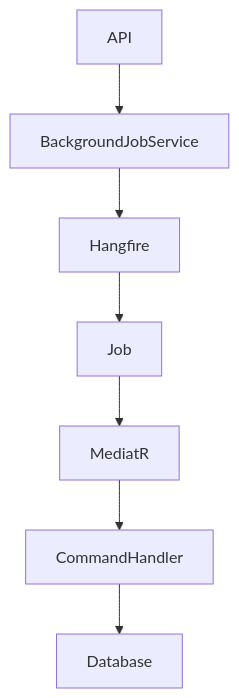
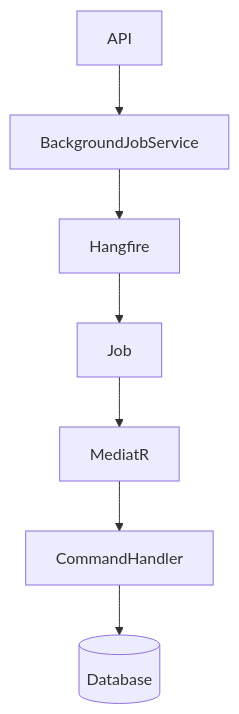
Before and after one commit to chintanchhapgar/ShopSphere: the first of 7 diagrams in docs/background-jobs.md, drawn with Mermaid. The commit also changed other lines of this file, not shown here.

First line of the commit message:
Revise Background Jobs documentation structure

````diff
--- a/docs/background-jobs.md
+++ b/docs/background-jobs.md
@@ -23,17 +47,17 @@
 ```mermaid
 flowchart TD
+    A["API"]
+    B["BackgroundJobService"]
+    C["Hangfire"]
+    D["Job"]
+    E["MediatR"]
+    F["CommandHandler"]
+    G[("Database")]
 
-API
-
-API --> BackgroundJobService
-
-BackgroundJobService --> Hangfire
-
-Hangfire --> Job
-
-Job --> MediatR
-
-MediatR --> CommandHandler
-
-CommandHandler --> Database
+    A --> B
+    B --> C
+    C --> D
+    D --> E
+    E --> F
+    F --> G
 ```
````
